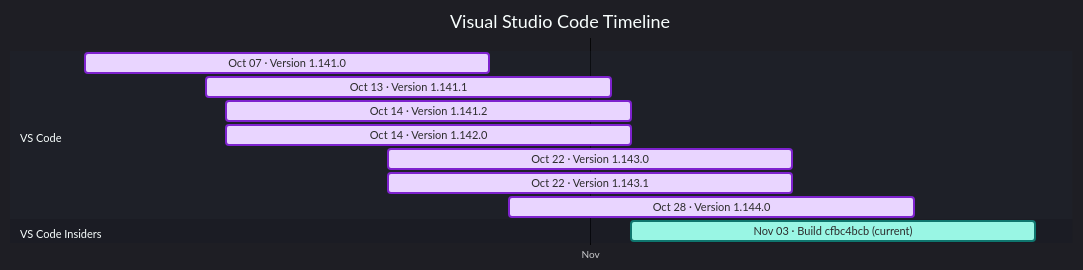
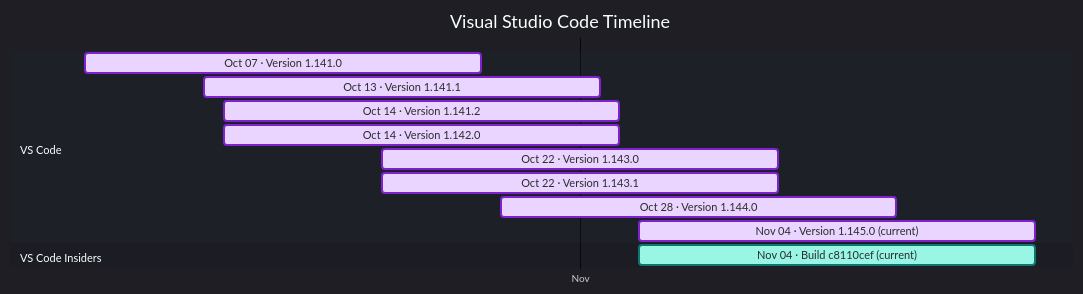
The diagram in docs/vscode.md (Oxelya-DevTools/VisualStudioUpdate), drawn with Mermaid before and after one commit. The commit also changed other lines of this file and 1 other file, not shown here.

````diff
--- a/docs/vscode.md
+++ b/docs/vscode.md
@@ -9,18 +9,19 @@
 ```mermaid
 %%{init: {'theme':'dark','themeVariables': { 'fontFamily': 'Segoe UI', 'fontSize': '24px', 'textColor': '#F3F4F6', 'titleTextColor': '#FFFFFF', 'taskTextColor': '#111827', 'taskTextLightColor': '#111827', 'taskTextOutsideColor': '#F3F4F6', 'taskBkgColor': '#BAE6FD', 'taskBorderColor': '#0369A1', 'doneTaskBkgColor': '#E9D5FF', 'doneTaskBorderColor': '#7E22CE', 'activeTaskBkgColor': '#99F6E4', 'activeTaskBorderColor': '#0F766E', 'critTaskBkgColor': '#FED7AA', 'critTaskBorderColor': '#C2410C', 'sectionBkgColor': '#1F2937', 'altSectionBkgColor': '#111827', 'gridColor': '#4B5563', 'todayLineColor': '#F87171' }}}%%
 gantt
     title Visual Studio Code Timeline
     dateFormat  YYYY-MM-DD
     axisFormat  %b
     tickInterval 1month
     section VS Code
     Oct 07 · Version 1.141.0 : done, vscode202610070, 2026-10-07, 20d
     Oct 13 · Version 1.141.1 : done, vscode202610131, 2026-10-13, 20d
     Oct 14 · Version 1.141.2 : done, vscode202610142, 2026-10-14, 20d
     Oct 14 · Version 1.142.0 : done, vscode202610143, 2026-10-14, 20d
     Oct 22 · Version 1.143.0 : done, vscode202610224, 2026-10-22, 20d
     Oct 22 · Version 1.143.1 : done, vscode202610225, 2026-10-22, 20d
     Oct 28 · Version 1.144.0 : done, vscode202610286, 2026-10-28, 20d
+    Nov 04 · Version 1.145.0 (current) : done, vscode202611047, 2026-11-04, 20d
     section VS Code Insiders
-    Nov 03 · Build cfbc4bcb (current) : active, vscodeinsiders202611030, 2026-11-03, 20d
+    Nov 04 · Build c8110cef (current) : active, vscodeinsiders202611040, 2026-11-04, 20d
 ```
````
